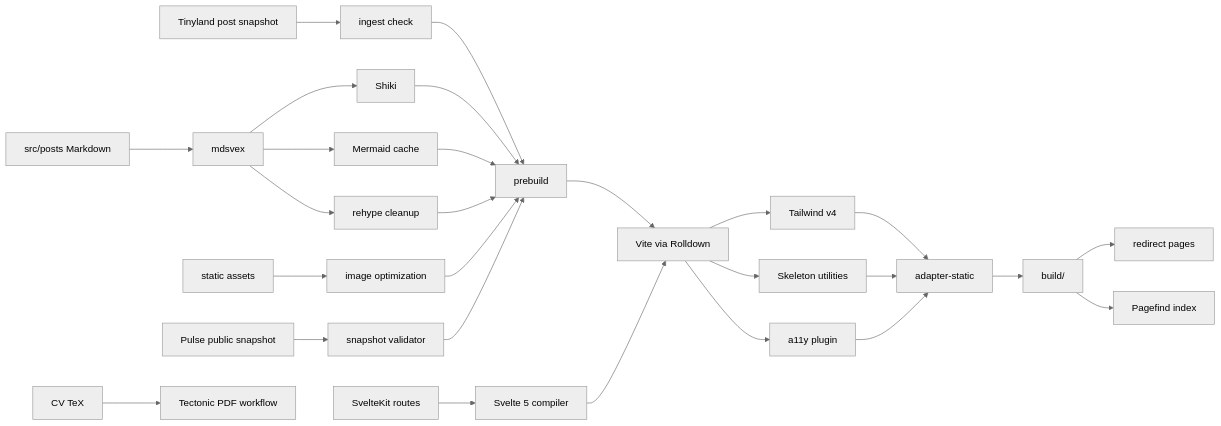
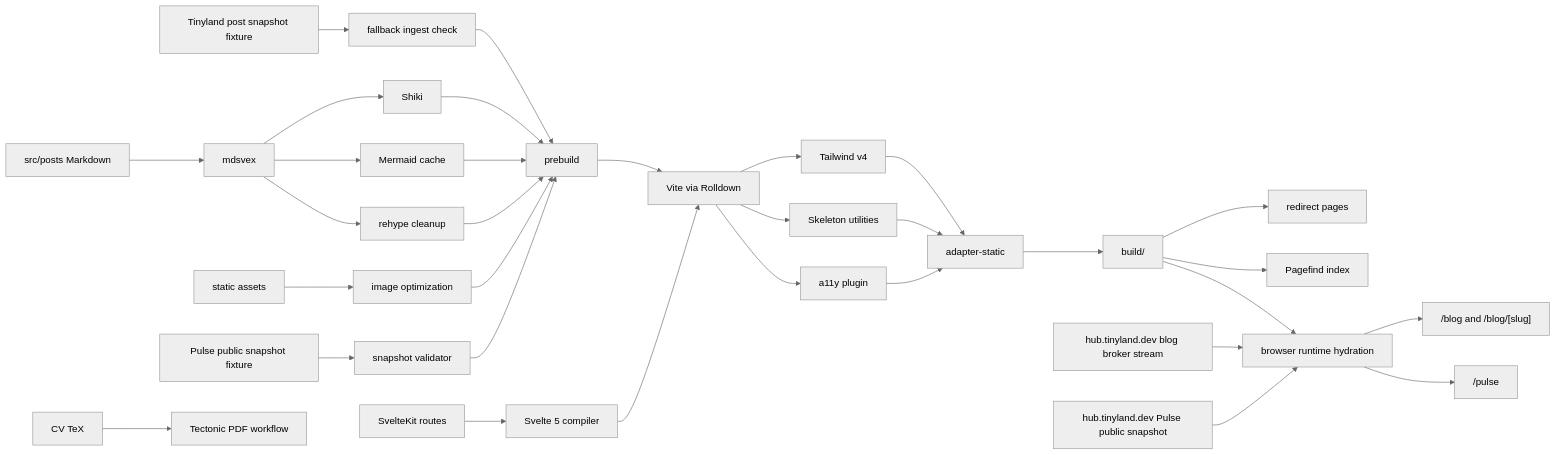
Before and after one commit to Jesssullivan/jesssullivan.github.io: the first of 5 diagrams in README.md, drawn with Mermaid (neutral theme). The commit also changed other lines of this file and 10 other files, not shown here.

Commit message:
docs(blog): align broker display surface

````diff
--- a/README.md
+++ b/README.md
@@ -15,32 +20,37 @@
 ```mermaid
 flowchart LR
     Posts["src/posts Markdown"] --> Mdsvex["mdsvex"]
-    TinylandPosts["Tinyland post snapshot"] --> Ingest["ingest check"]
-    PulseJson["Pulse public snapshot"] --> PulseCheck["snapshot validator"]
+    TinylandPosts["Tinyland post snapshot fixture"] --> Ingest["fallback ingest check"]
+    PulseJson["Pulse public snapshot fixture"] --> PulseCheck["snapshot validator"]
     Static["static assets"] --> Images["image optimization"]
     Routes["SvelteKit routes"] --> Svelte["Svelte 5 compiler"]
 
     Mdsvex --> Shiki["Shiki"]
     Mdsvex --> Mermaid["Mermaid cache"]
     Mdsvex --> Rehype["rehype cleanup"]
     Ingest --> Prebuild["prebuild"]
     Shiki --> Prebuild
     Mermaid --> Prebuild
     Rehype --> Prebuild
     Images --> Prebuild
     PulseCheck --> Prebuild
 
     Prebuild --> Vite["Vite via Rolldown"]
     Svelte --> Vite
     Vite --> Tailwind["Tailwind v4"]
     Vite --> Skeleton["Skeleton utilities"]
     Vite --> A11y["a11y plugin"]
     Tailwind --> Adapter["adapter-static"]
     Skeleton --> Adapter
     A11y --> Adapter
     Adapter --> Build["build/"]
     Build --> Redirects["redirect pages"]
     Build --> Pagefind["Pagefind index"]
+    Build --> RuntimeHydration["browser runtime hydration"]
+    HubBlog["hub.tinyland.dev blog broker stream"] --> RuntimeHydration
+    HubPulse["hub.tinyland.dev Pulse public snapshot"] --> RuntimeHydration
+    RuntimeHydration --> Blog["/blog and /blog/[slug]"]
+    RuntimeHydration --> PulseRoute["/pulse"]
 
     CvTex["CV TeX"] --> Tectonic["Tectonic PDF workflow"]
 ```
````
